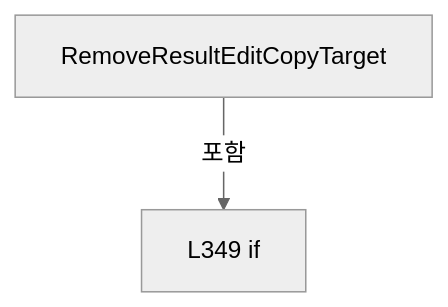
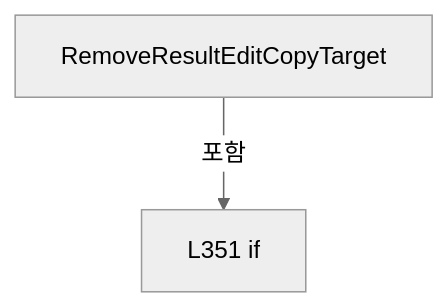
Before and after one commit to kjuws10-rgb/Shared: diagram 15 of 24 in A3 LD Code Ref/files/Drilling.UI/Menu/Menus/CMenuCorrection.ReviewData.Edit.cs.md, drawn with Mermaid (neutral theme). The commit also changed other lines of this file and 2071 other files, not shown here.

Commit message:
docs(a3): update 11.19.0 architecture and code reference

````diff
--- a/A3 LD Code Ref/files/Drilling.UI/Menu/Menus/CMenuCorrection.ReviewData.Edit.cs.md
+++ b/A3 LD Code Ref/files/Drilling.UI/Menu/Menus/CMenuCorrection.ReviewData.Edit.cs.md
@@ -2701,6 +2759,6 @@
 ```mermaid
 flowchart TD
  M["RemoveResultEditCopyTarget"]
- N0["L349 if"]
+ N0["L351 if"]
  M -->|포함| N0
 ```
````
